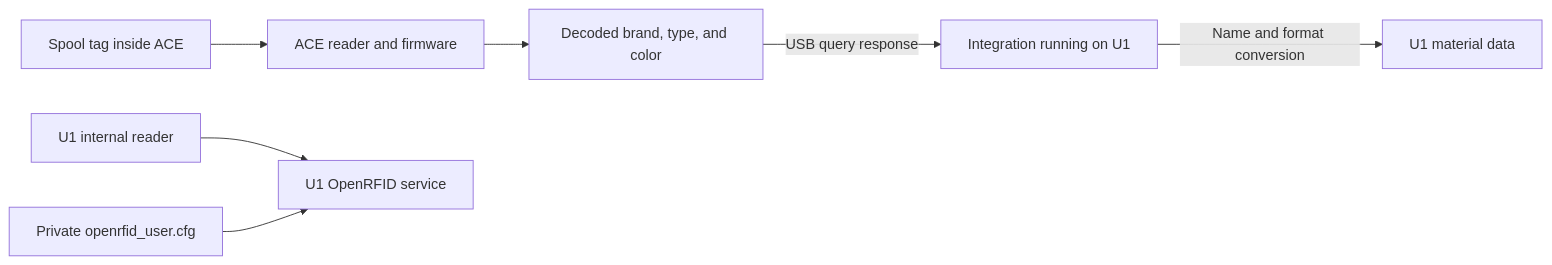
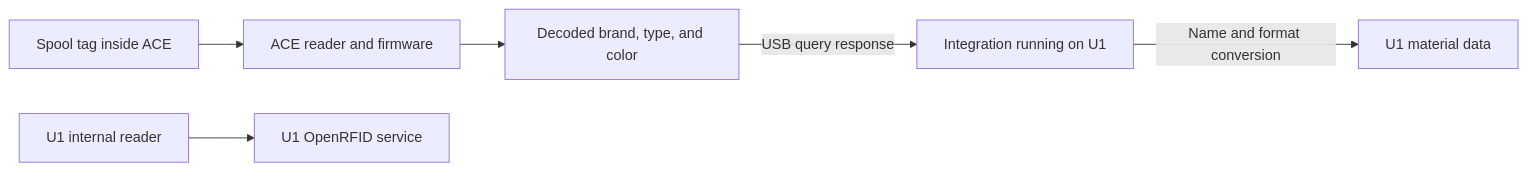
One commit to Alexantry/Ultimate-U1-ACE-link changed the diagram in docs/nfc.md. Above: the diagram before and after it, drawn with Mermaid. The commit also changed other lines of this file and 22 other files, not shown here.

````diff
--- a/docs/nfc.md
+++ b/docs/nfc.md
@@ -65,9 +64,8 @@
 ```mermaid
 flowchart LR
     Tag[Spool tag inside ACE] --> Reader[ACE reader and firmware]
     Reader --> Data[Decoded brand, type, and color]
     Data -->|USB query response| Port[Integration running on U1]
     Port -->|Name and format conversion| U1[U1 material data]
     Internal[U1 internal reader] --> OpenRFID[U1 OpenRFID service]
-    Keys[Private openrfid_user.cfg] --> OpenRFID
 ```
````
